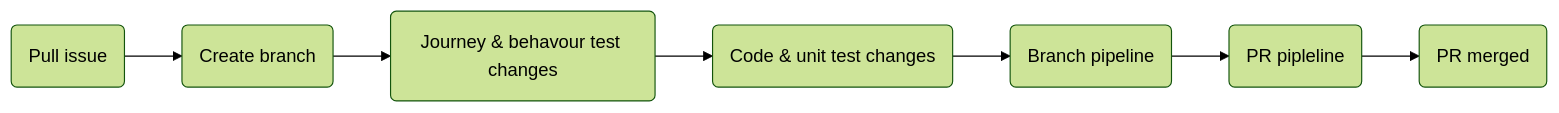
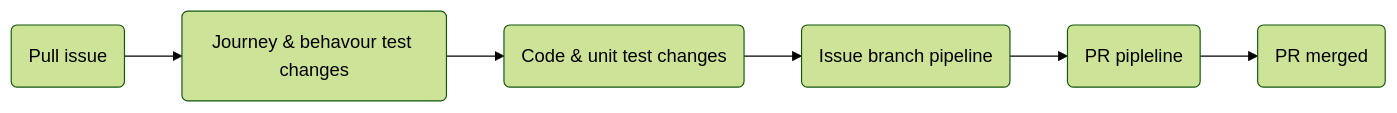
The third of 6 diagrams in docs/factory_pipelines.md (ContinuousEngineeringProject/ContinuousEngineeringProject.github.io), drawn with Mermaid (forest theme) before and after one commit. The commit also changed other lines of this file, not shown here.

Commit message:
docs: update issue branch pipeline

````diff
--- a/docs/factory_pipelines.md
+++ b/docs/factory_pipelines.md
@@ -38,12 +38,11 @@
 ```mermaid
 flowchart LR
-  id0(Pull issue)
-  id1(Create branch)
+  id1(Pull issue)
   id2(Journey & behavour test changes)
   id3(Code & unit test changes)
-  id4(Branch pipeline)
+  id4(Issue branch pipeline)
   id5(PR pipleline)
   id6(PR merged)
   
-  id0 --> id1 --> id2 --> id3 --> id4 --> id5 --> id6
+  id1 --> id2 --> id3 --> id4 --> id5 --> id6
 ```
````
